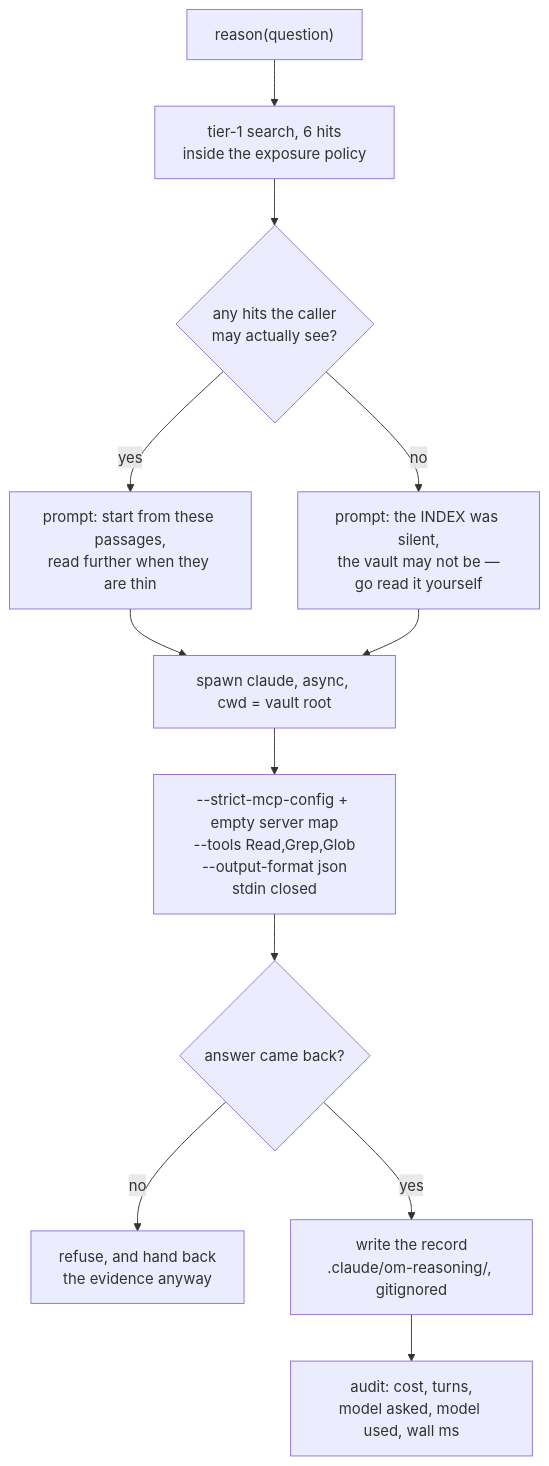
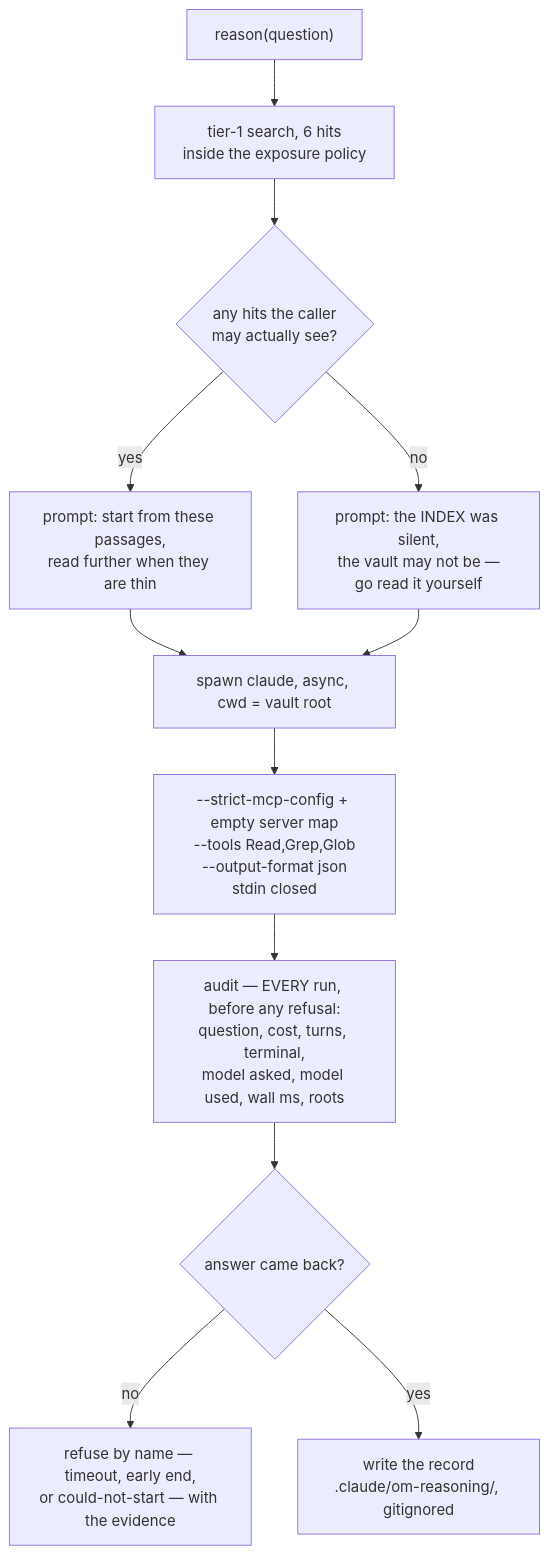
Diagram 18 of 21 in ARCHITECTURE.md (breferrari/obsidian-mind), drawn with Mermaid before and after one commit. The commit also changed other lines of this file and 12 other files, not shown here.

````diff
--- a/ARCHITECTURE.md
+++ b/ARCHITECTURE.md
@@ -708,14 +709,14 @@
 ```mermaid
 flowchart TB
     Q["reason(question)"] --> Seed["tier-1 search, 6 hits<br/>inside the exposure policy"]
     Seed --> HasEv{"any hits the caller<br/>may actually see?"}
     HasEv -->|yes| P1["prompt: start from these passages,<br/>read further when they are thin"]
     HasEv -->|no| P2["prompt: the INDEX was silent,<br/>the vault may not be —<br/>go read it yourself"]
     P1 --> Spawn
     P2 --> Spawn
     Spawn["spawn claude, async, cwd = vault root"] --> Flags["--strict-mcp-config + empty server map<br/>--tools Read,Grep,Glob<br/>--output-format json<br/>stdin closed"]
-    Flags --> Run{"answer came back?"}
-    Run -->|no| Ref["refuse, and hand back<br/>the evidence anyway"]
+    Flags --> Log["audit — EVERY run, before any refusal:<br/>question, cost, turns, terminal,<br/>model asked, model used, wall ms, roots"]
+    Log --> Run{"answer came back?"}
+    Run -->|no| Ref["refuse by name — timeout, early end,<br/>or could-not-start — with the evidence"]
     Run -->|yes| Rec["write the record<br/>.claude/om-reasoning/, gitignored"]
-    Rec --> Log["audit: cost, turns,<br/>model asked, model used, wall ms"]
 ```
````
